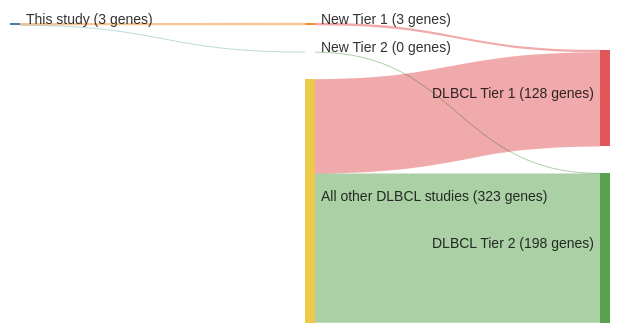
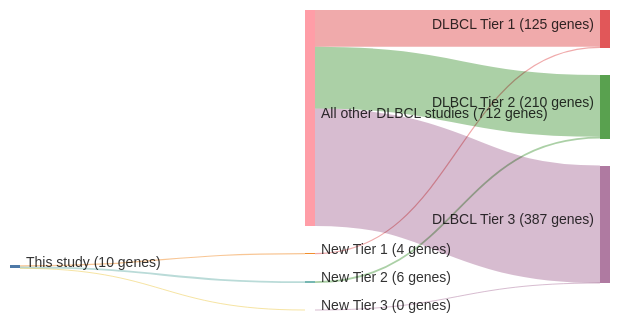
Before and after one commit to morinlab/lymphopedia: the diagram in papers/albuquerqueEnhancingKnowledgeDiscovery2017.md, drawn with Mermaid. The commit also changed other lines of this file and 81 other files, not shown here.

````diff
--- a/papers/albuquerqueEnhancingKnowledgeDiscovery2017.md
+++ b/papers/albuquerqueEnhancingKnowledgeDiscovery2017.md
@@ -12,20 +12,23 @@
 ```mermaid
 ---
 config:
     sankey:
         showValues: true
         linkColor: target
         width: 600
         height: 300
         nodeAlignment: right
         prefix: '('
         suffix: ' genes)'
 ---
 sankey-beta
-This study, New Tier 1, 3
-New Tier 1, DLBCL Tier 1, 3
-This study, New Tier 2, 0
-New Tier 2, DLBCL Tier 2, 0
-All other DLBCL studies, DLBCL Tier 1, 125
-All other DLBCL studies, DLBCL Tier 2, 198
+This study, New Tier 1, 4
+New Tier 1, DLBCL Tier 1, 4
+This study, New Tier 2, 6
+New Tier 2, DLBCL Tier 2, 6
+This study, New Tier 3, 0
+New Tier 3, DLBCL Tier 3, 0
+All other DLBCL studies, DLBCL Tier 1, 121
+All other DLBCL studies, DLBCL Tier 2, 204
+All other DLBCL studies, DLBCL Tier 3, 387
 ```
````
